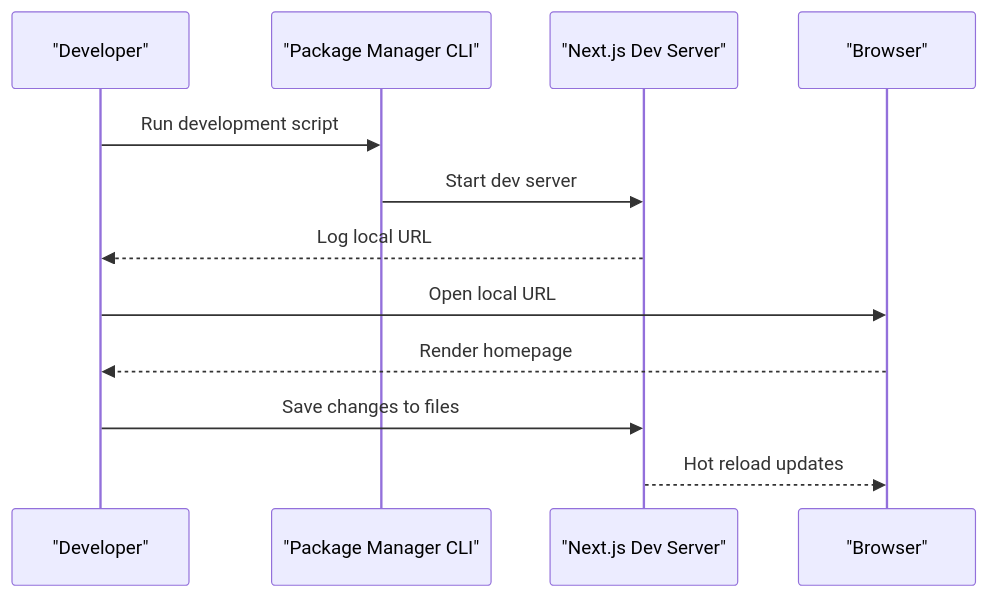
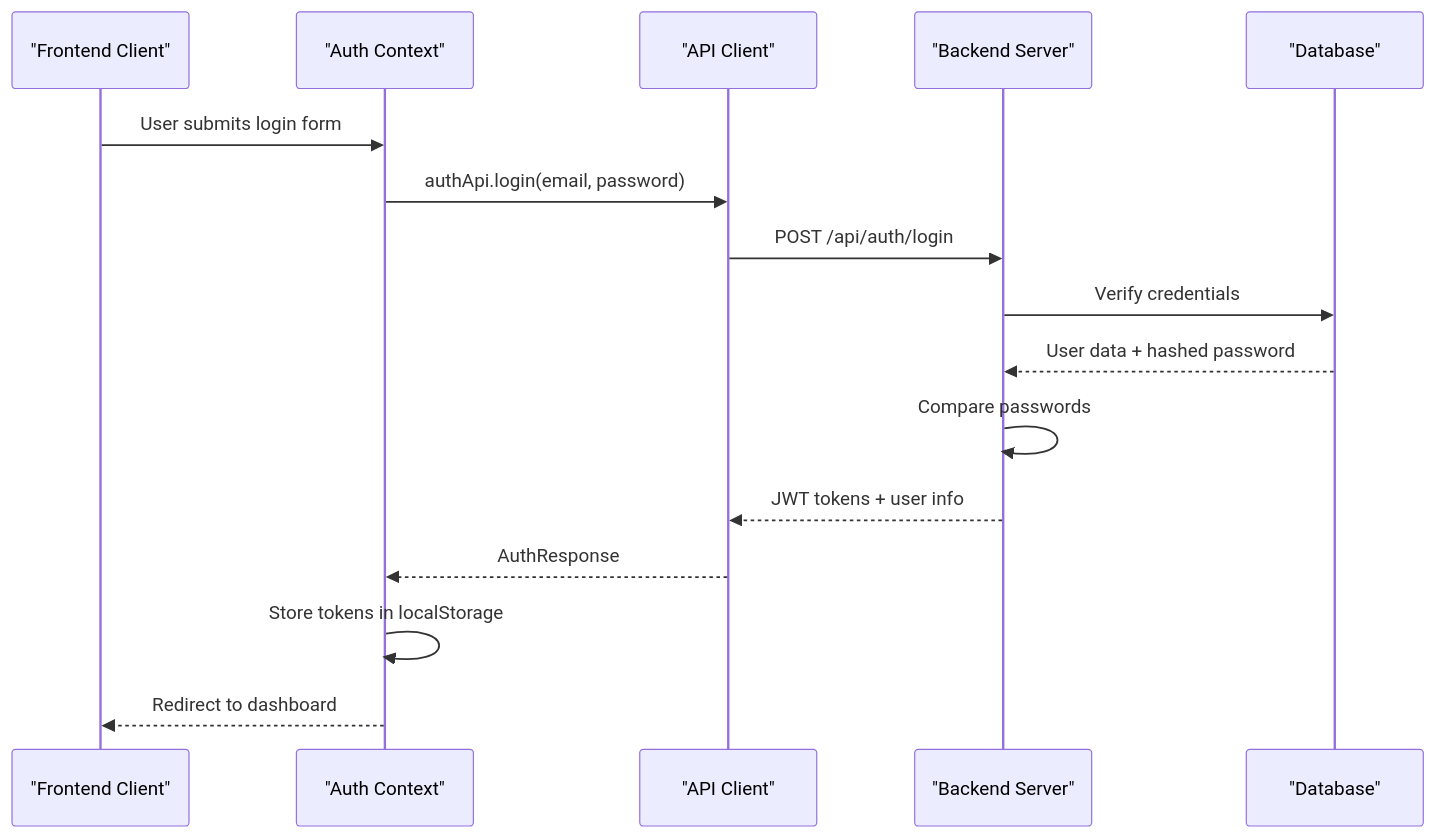
Before and after one commit to Hoshino-wind/ai-interview-platform: the third of 4 diagrams in .qoder/repowiki/en/content/Getting Started.md, drawn with Mermaid. The commit also changed other lines of this file and 5 other files, not shown here.

````diff
--- a/.qoder/repowiki/en/content/Getting Started.md
+++ b/.qoder/repowiki/en/content/Getting Started.md
@@ -192,14 +335,18 @@
 ```mermaid
 sequenceDiagram
-participant Dev as "Developer"
-participant CLI as "Package Manager CLI"
-participant Next as "Next.js Dev Server"
-participant Browser as "Browser"
-Dev->>CLI : Run development script
-CLI->>Next : Start dev server
-Next-->>Dev : Log local URL
-Dev->>Browser : Open local URL
-Browser-->>Dev : Render homepage
-Dev->>Next : Save changes to files
-Next-->>Browser : Hot reload updates
+participant Client as "Frontend Client"
+participant AuthCtx as "Auth Context"
+participant API as "API Client"
+participant Server as "Backend Server"
+participant DB as "Database"
+Client->>AuthCtx : User submits login form
+AuthCtx->>API : authApi.login(email, password)
+API->>Server : POST /api/auth/login
+Server->>DB : Verify credentials
+DB-->>Server : User data + hashed password
+Server->>Server : Compare passwords
+Server-->>API : JWT tokens + user info
+API-->>AuthCtx : AuthResponse
+AuthCtx->>AuthCtx : Store tokens in localStorage
+AuthCtx-->>Client : Redirect to dashboard
 ```
````
